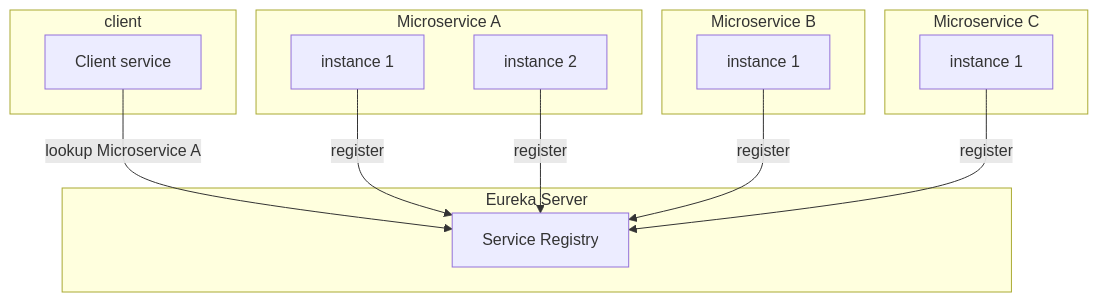
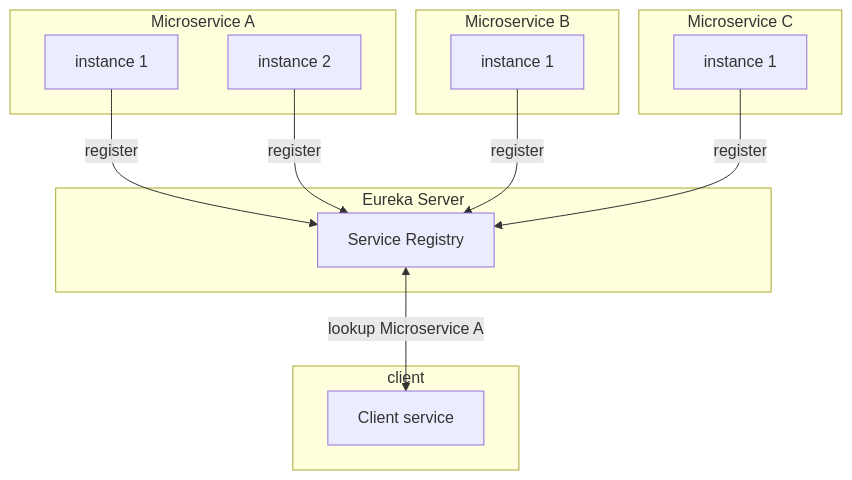
Before and after one commit to sonamsamdupkhangsar/sonamsamdupkhangsar.github.io: the diagram in service-discovery/README.md, drawn with Mermaid.

Commit message:
add service discovery

````diff
--- a/service-discovery/README.md
+++ b/service-discovery/README.md
@@ -7,28 +7,26 @@
 ```mermaid
-flowchart TD
-    D -->|lookup Microservice A| Eureka
-    subgraph client
-    D[Client service] 
-    end
-    subgraph e["Eureka Server"]
-    Eureka[Service Registry]
-    end
+flowchart TD       
     subgraph mA["Microservice A"]
     A1[instance 1]
     A2[instance 2]
     end
     subgraph "Microservice B"
     B[instance 1]
     end
     subgraph "Microservice C"
     C[instance 1]
     end
-    
-    
+    subgraph e["Eureka Server"]
+    Eureka[Service Registry]
+    end
+    subgraph client
+    D[Client service] 
+    end
+
     A1 --> |register| Eureka
     A2 --> |register| Eureka
     B --> |register| Eureka
     C --> |register| Eureka
-    
+    Eureka <-->|lookup Microservice A| D
 
 ``` 
````
